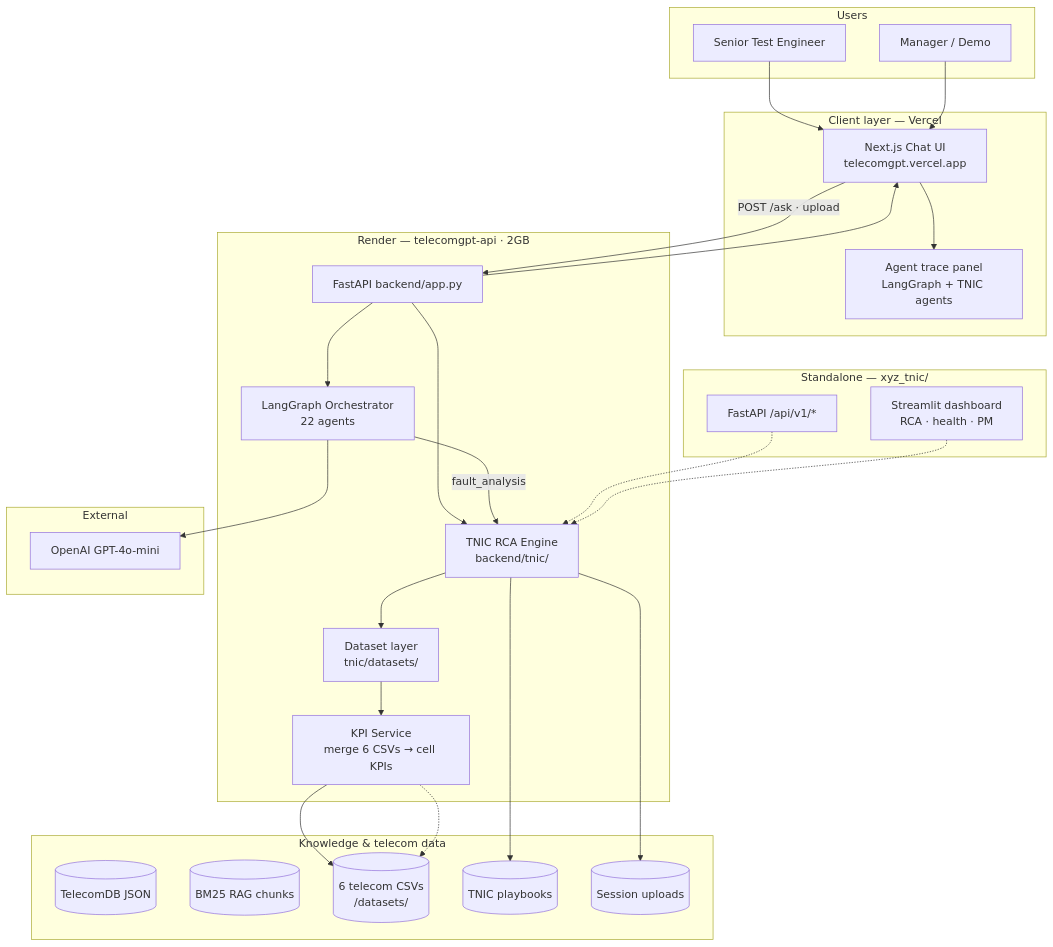
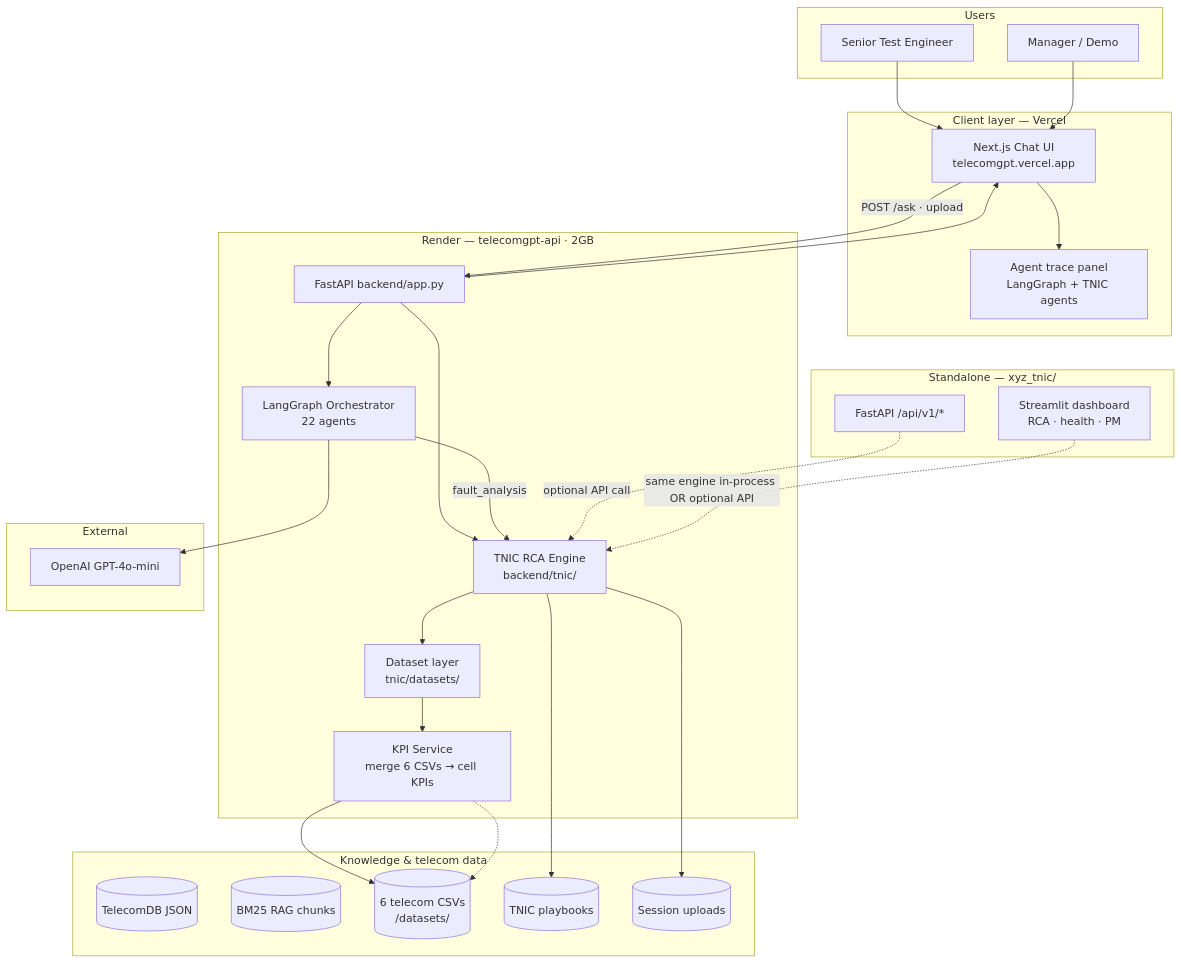
The first of 11 diagrams in docs/ARCHITECTURE.md (aqil2020in/telecomgpt), drawn with Mermaid before and after one commit. The commit also changed other lines of this file and 3 other files, not shown here.

First line of the commit message:
Add Deployment vs local demo section to architecture docs

````diff
--- a/docs/ARCHITECTURE.md
+++ b/docs/ARCHITECTURE.md
@@ -13,56 +13,56 @@
 ```mermaid
 flowchart TB
     subgraph Users["Users"]
         TE[Senior Test Engineer]
         MGR[Manager / Demo]
     end
 
     subgraph Client["Client layer — Vercel"]
         Next["Next.js Chat UI\ntelecomgpt.vercel.app"]
         Trace["Agent trace panel\nLangGraph + TNIC agents"]
     end
 
     subgraph Render["Render — telecomgpt-api · 2GB"]
         API["FastAPI backend/app.py"]
         LG["LangGraph Orchestrator\n22 agents"]
         TNIC["TNIC RCA Engine\nbackend/tnic/"]
         DS["Dataset layer\ntnic/datasets/"]
         KPI["KPI Service\nmerge 6 CSVs → cell KPIs"]
     end
 
     subgraph Standalone["Standalone — xyz_tnic/"]
         TNIC_API["FastAPI /api/v1/*"]
         ST_DASH["Streamlit dashboard\nRCA · health · PM"]
     end
 
     subgraph Data["Knowledge & telecom data"]
         KB[("TelecomDB JSON")]
         Chunks[("BM25 RAG chunks")]
         DS6[("6 telecom CSVs\n/datasets/")]
         TNIC_KB[("TNIC playbooks")]
         Session[("Session uploads")]
     end
 
     subgraph External["External"]
         OAI["OpenAI GPT-4o-mini"]
     end
 
     TE --> Next
     MGR --> Next
     Next --> Trace
     Next -->|POST /ask · upload| API
     API --> LG
     API --> TNIC
     LG -->|fault_analysis| TNIC
     TNIC --> DS
     DS --> KPI
     KPI --> DS6
     TNIC --> TNIC_KB
     TNIC --> Session
     LG --> OAI
     API --> Next
 
-    TNIC_API -.-> TNIC
-    ST_DASH -.-> TNIC
+    TNIC_API -.->|"optional API call"| TNIC
+    ST_DASH -.->|"same engine in-process OR optional API"| TNIC
     KPI -.-> DS6
 ```
````
